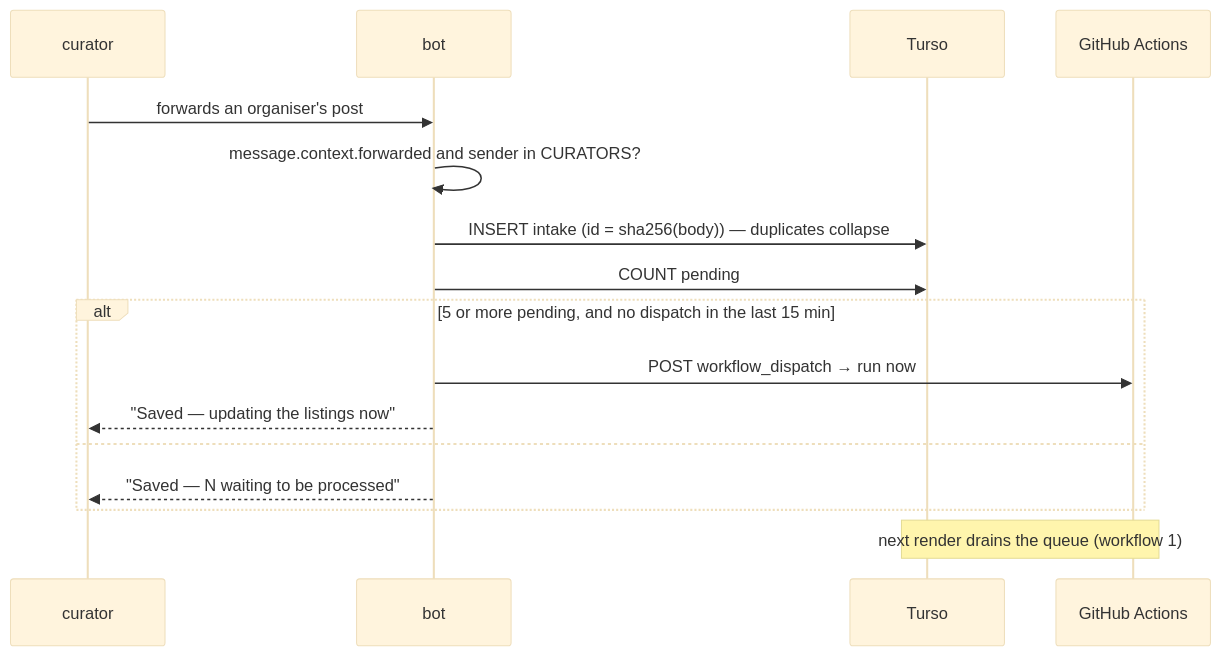
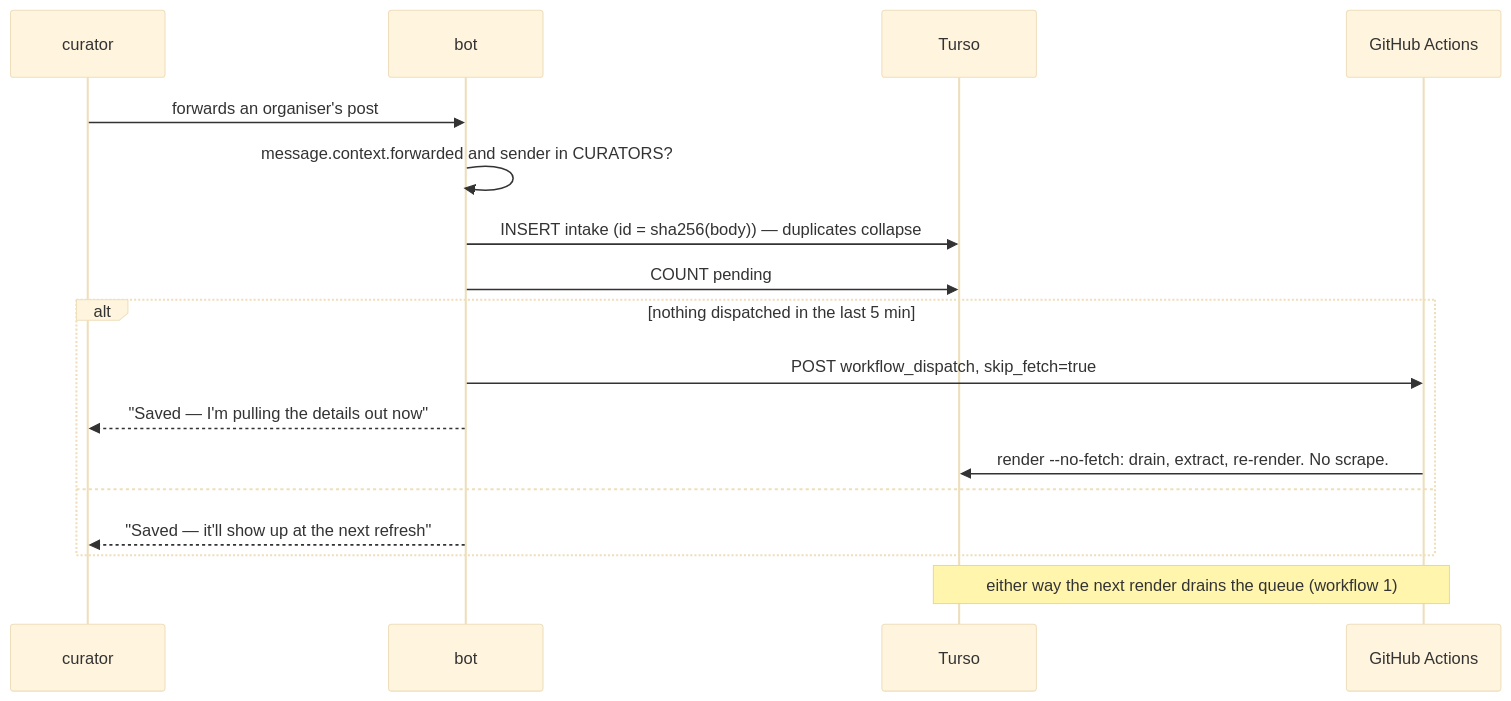
One commit to HarisNaveed17/bread_n_circus changed the fourth of 5 diagrams in architecture-v1.md. Above: the diagram before and after it, drawn with Mermaid (base theme). The commit also changed other lines of this file and 9 other files, not shown here.

First line of the commit message:
feat: publish a forwarded listing on the next run, without scraping

````diff
--- a/architecture-v1.md
+++ b/architecture-v1.md
@@ -145,19 +145,20 @@
 ```mermaid
 sequenceDiagram
     participant CU as curator
     participant W as bot
     participant DB as Turso
     participant GH as GitHub Actions
 
     CU->>W: forwards an organiser's post
     W->>W: message.context.forwarded and sender in CURATORS?
     W->>DB: INSERT intake (id = sha256(body)) — duplicates collapse
     W->>DB: COUNT pending
-    alt 5 or more pending, and no dispatch in the last 15 min
-        W->>GH: POST workflow_dispatch → run now
-        W-->>CU: "Saved — updating the listings now"
+    alt nothing dispatched in the last 5 min
+        W->>GH: POST workflow_dispatch, skip_fetch=true
+        W-->>CU: "Saved — I'm pulling the details out now"
+        GH->>DB: render --no-fetch: drain, extract, re-render. No scrape.
     else
-        W-->>CU: "Saved — N waiting to be processed"
+        W-->>CU: "Saved — it'll show up at the next refresh"
     end
-    Note over GH,DB: next render drains the queue (workflow 1)
+    Note over GH,DB: either way the next render drains the queue (workflow 1)
 ```
````
